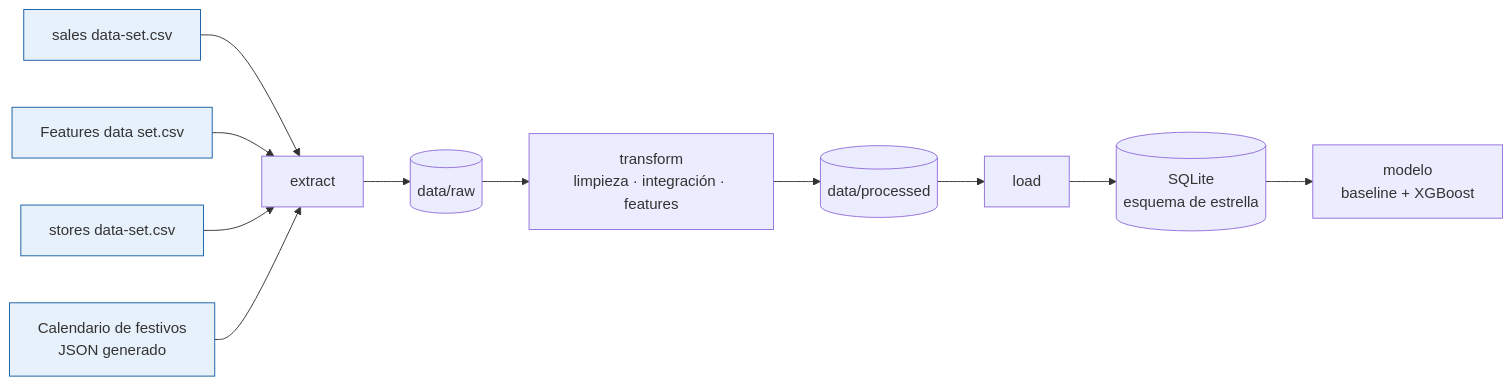
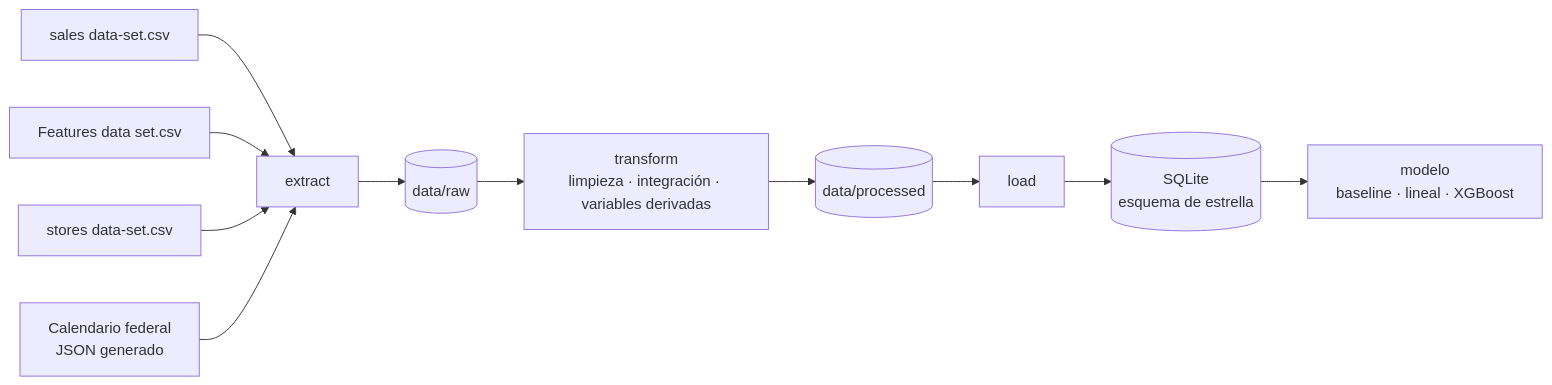
The first of 2 diagrams in README.md (TavoBuelvas/etl-pronostico-ventas-retail), drawn with Mermaid before and after one commit. The commit also changed other lines of this file, not shown here.

````diff
--- a/README.md
+++ b/README.md
@@ -71,14 +95,13 @@
 ```mermaid
 flowchart LR
-    S1[sales data-set.csv]:::src --> E[extract]
-    S2[Features data set.csv]:::src --> E
-    S3[stores data-set.csv]:::src --> E
-    S4[Calendario de festivos<br/>JSON generado]:::src --> E
+    S1[sales data-set.csv] --> E[extract]
+    S2[Features data set.csv] --> E
+    S3[stores data-set.csv] --> E
+    S4[Calendario federal<br/>JSON generado] --> E
     E --> R[(data/raw)]
-    R --> T[transform<br/>limpieza · integración · features]
+    R --> T[transform<br/>limpieza · integración · variables derivadas]
     T --> P[(data/processed)]
     P --> L[load]
     L --> DW[(SQLite<br/>esquema de estrella)]
-    DW --> M[modelo<br/>baseline + XGBoost]
-    classDef src fill:#e6f1fb,stroke:#185fa5
+    DW --> M[modelo<br/>baseline · lineal · XGBoost]
 ```
````
